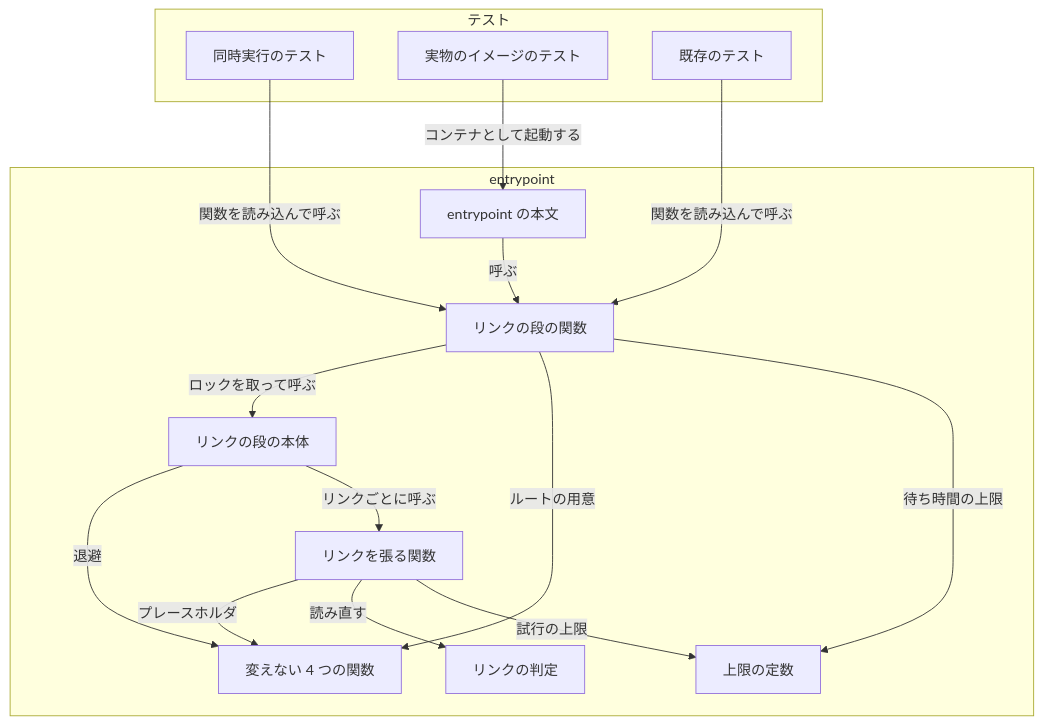
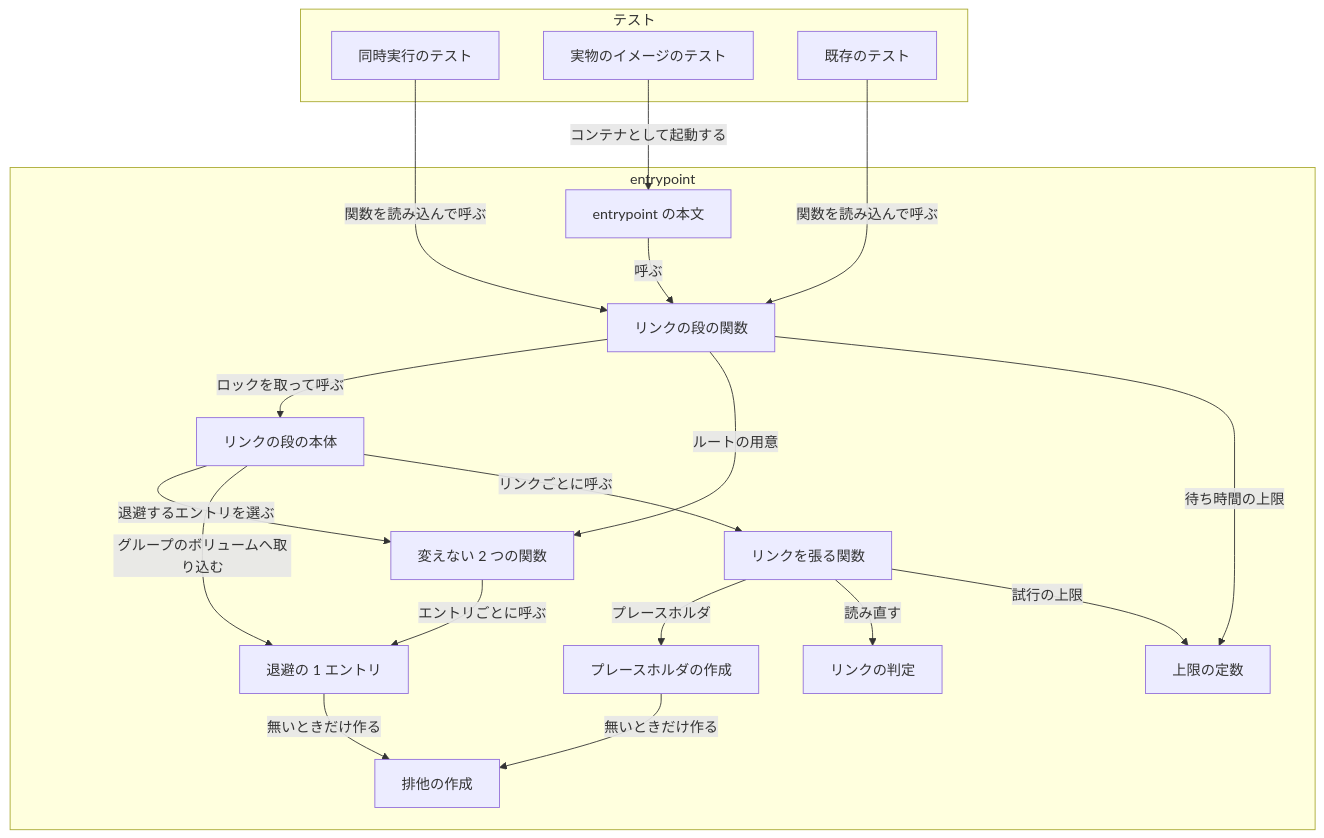
Before and after one commit to devbasex/devbase: the second of 7 diagrams in issues/issue-357-design.md, drawn with Mermaid. The commit also changed other lines of this file and 3 other files, not shown here.

````diff
--- a/issues/issue-357-design.md
+++ b/issues/issue-357-design.md
@@ -124,29 +136,36 @@
 ```mermaid
 graph TD
     subgraph entrypoint
         M[entrypoint の本文]
         S[リンクの段の関数]
         A[リンクの段の本体]
         L[リンクを張る関数]
         C[リンクの判定]
         K[上限の定数]
-        X[変えない 4 つの関数]
+        E[退避の 1 エントリ]
+        P[プレースホルダの作成]
+        R[排他の作成]
+        X[変えない 2 つの関数]
     end
     subgraph テスト
         T1[同時実行のテスト]
         T2[実物のイメージのテスト]
         T0[既存のテスト]
     end
     M -->|呼ぶ| S
     S -->|ロックを取って呼ぶ| A
     S -->|ルートの用意| X
-    A -->|退避| X
+    A -->|退避するエントリを選ぶ| X
+    X -->|エントリごとに呼ぶ| E
+    A -->|グループのボリュームへ取り込む| E
     A -->|リンクごとに呼ぶ| L
-    L -->|プレースホルダ| X
+    L -->|プレースホルダ| P
+    E -->|無いときだけ作る| R
+    P -->|無いときだけ作る| R
     L -->|読み直す| C
     S -->|待ち時間の上限| K
     L -->|試行の上限| K
     T1 -->|関数を読み込んで呼ぶ| S
     T0 -->|関数を読み込んで呼ぶ| S
     T2 -->|コンテナとして起動する| M
 ```
````
